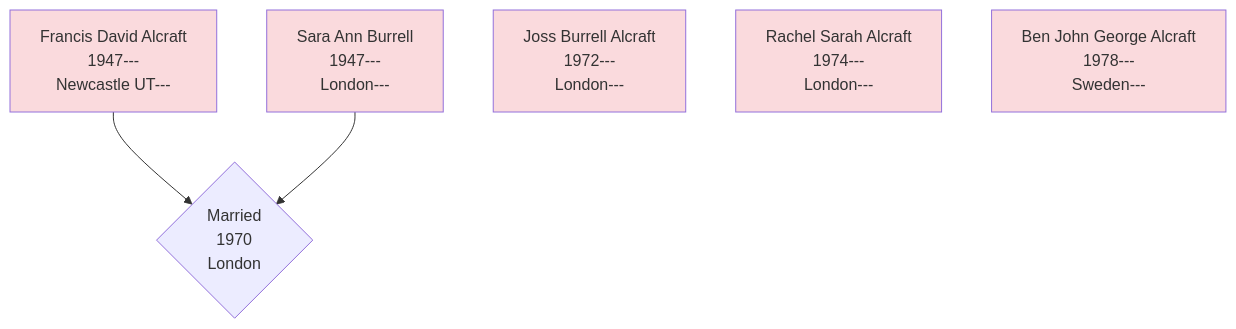
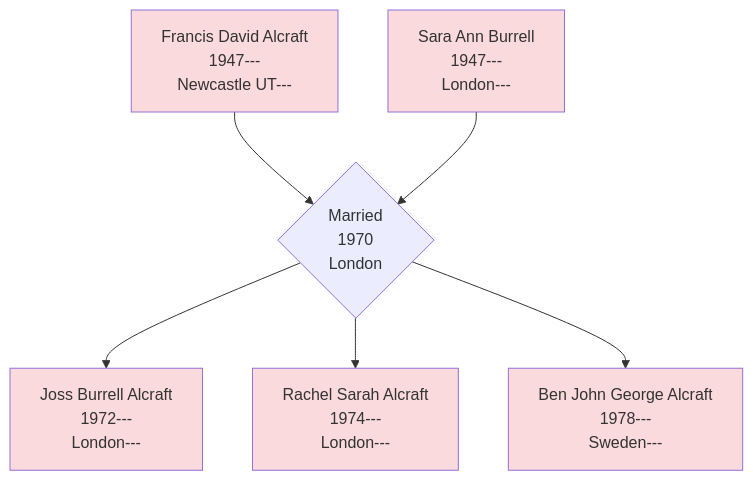
The diagram in docs/alcraft_1974_rachel.md (RachelAlcraft/family-tree), drawn with Mermaid before and after one commit.

````diff
--- a/docs/alcraft_1974_rachel.md
+++ b/docs/alcraft_1974_rachel.md
@@ -2,16 +2,19 @@
 ``` mermaid
 flowchart TD  
 FDA[Francis David Alcraft\n1947---\nNewcastle UT---];
 SAB[Sara Ann Burrell\n1947---\nLondon---];
 JBA[Joss Burrell Alcraft\n1972---\nLondon---];
 RSA[Rachel Sarah Alcraft\n1974---\nLondon---];
 BJGA[Ben John George Alcraft\n1978---\nSweden---];
 FDA --> FDASAB{Married\n1970\nLondon};
 SAB --> FDASAB;
+FDASAB --> JBA;
+FDASAB --> RSA;
+FDASAB --> BJGA;
 style FDA fill:#FADADD;
 style SAB fill:#FADADD;
 style JBA fill:#FADADD;
 style RSA fill:#FADADD;
 style BJGA fill:#FADADD;
 click FDA "https://www.thenorthernecho.co.uk/history/8857492.dukes-piper/" "WA";
 ```
````
